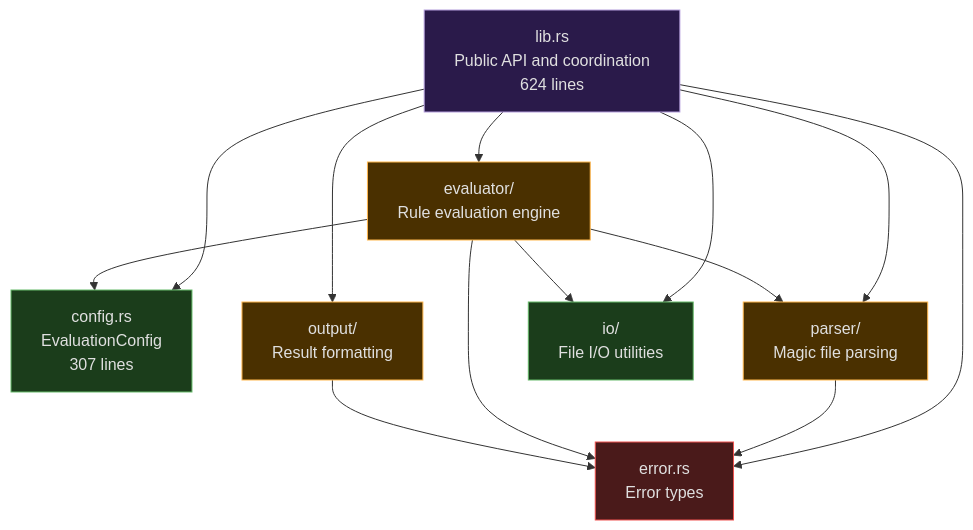
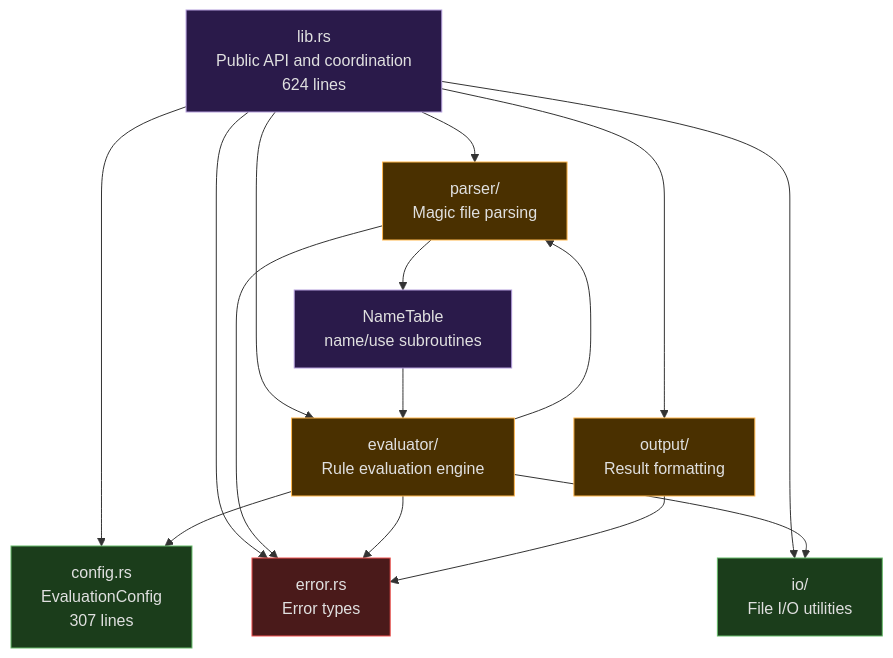
One commit to EvilBit-Labs/libmagic-rs changed the fifth of 5 diagrams in docs/src/architecture.md. Above: the diagram before and after it, drawn with Mermaid. The commit also changed other lines of this file and 40 other files, not shown here.

````diff
--- a/docs/src/architecture.md
+++ b/docs/src/architecture.md
@@ -426,26 +440,30 @@
 ```mermaid
 flowchart TD
     L[lib.rs<br/>Public API and coordination<br/>624 lines]
     C[config.rs<br/>EvaluationConfig<br/>307 lines]
+    NT[NameTable<br/>name/use subroutines]
     L --> C
     L --> P[parser/<br/>Magic file parsing]
     L --> E[evaluator/<br/>Rule evaluation engine]
     L --> O[output/<br/>Result formatting]
     L --> I[io/<br/>File I/O utilities]
     L --> ER[error.rs<br/>Error types]
 
     P --> ER
+    P --> NT
+    NT --> E
     E --> P
     E --> C
     E --> I
     E --> ER
     O --> ER
 
     style L fill:#2a1a4a,stroke:#b39ddb,color:#e0e0e0
     style C fill:#1b3d1b,stroke:#66bb6a,color:#e0e0e0
+    style NT fill:#2a1a4a,stroke:#b39ddb,color:#e0e0e0
     style P fill:#4a3000,stroke:#ffb74d,color:#e0e0e0
     style E fill:#4a3000,stroke:#ffb74d,color:#e0e0e0
     style O fill:#4a3000,stroke:#ffb74d,color:#e0e0e0
     style I fill:#1b3d1b,stroke:#66bb6a,color:#e0e0e0
     style ER fill:#4a1a1a,stroke:#ef5350,color:#e0e0e0
 ```
````
